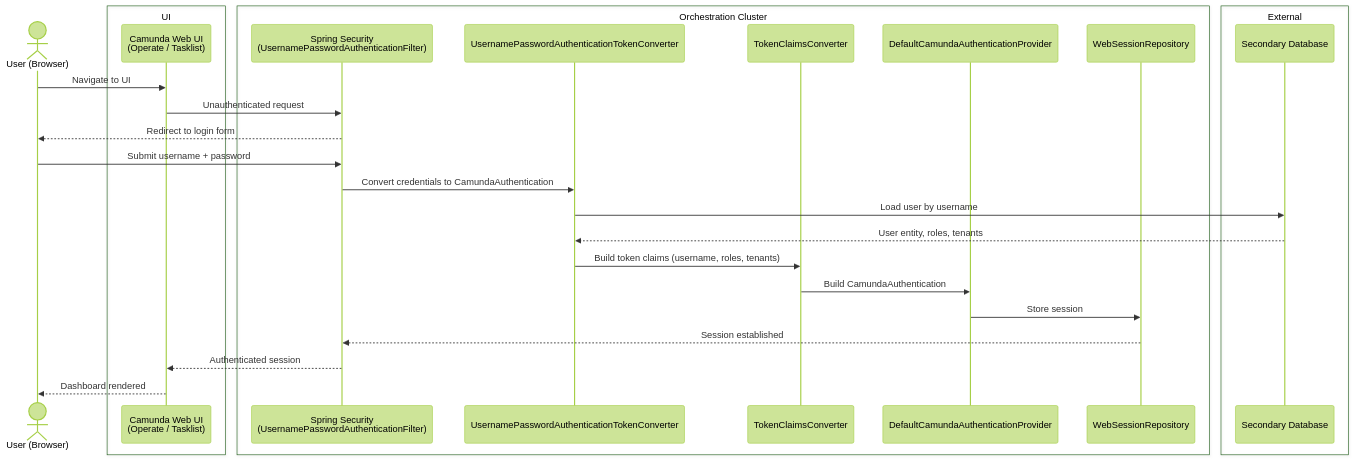
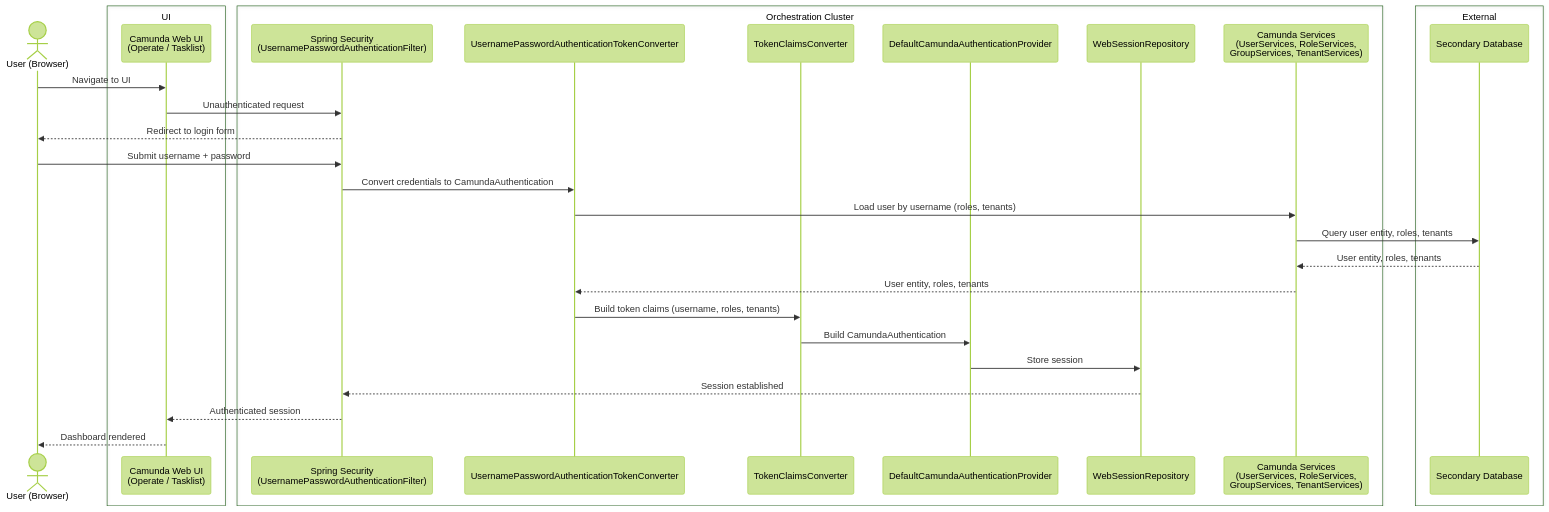
The eighth of 17 diagrams in docs/identity/architecture-documentation.md (camunda/camunda), drawn with Mermaid (forest theme) before and after one commit. The commit also changed other lines of this file and 4 other files, not shown here.

Commit message:
docs: update identity arc42 architecture documentation based on review

````diff
--- a/docs/identity/architecture-documentation.md
+++ b/docs/identity/architecture-documentation.md
@@ -411,31 +452,34 @@
 ```mermaid
 sequenceDiagram
   actor USER as User (Browser)
   box UI
     participant UI as Camunda Web UI<br/>(Operate / Tasklist)
   end
   box Orchestration Cluster
     participant SS as Spring Security<br/>(UsernamePasswordAuthenticationFilter)
     participant BASIC_CONV as UsernamePasswordAuthenticationTokenConverter
     participant CLAIMS as TokenClaimsConverter
     participant AUTHN_PROVIDER as DefaultCamundaAuthenticationProvider
     participant SESSION as WebSessionRepository
+    participant CAMUNDA_SERVICES as Camunda Services<br/>(UserServices, RoleServices,<br/>GroupServices, TenantServices)
   end
   box External
     participant SECONDARY_DB as Secondary Database
   end
 
   USER->>UI: Navigate to UI
   UI->>SS: Unauthenticated request
   SS-->>USER: Redirect to login form
   USER->>SS: Submit username + password
   SS->>BASIC_CONV: Convert credentials to CamundaAuthentication
-  BASIC_CONV->>SECONDARY_DB: Load user by username
-  SECONDARY_DB-->>BASIC_CONV: User entity, roles, tenants
+  BASIC_CONV->>CAMUNDA_SERVICES: Load user by username (roles, tenants)
+  CAMUNDA_SERVICES->>SECONDARY_DB: Query user entity, roles, tenants
+  SECONDARY_DB-->>CAMUNDA_SERVICES: User entity, roles, tenants
+  CAMUNDA_SERVICES-->>BASIC_CONV: User entity, roles, tenants
   BASIC_CONV->>CLAIMS: Build token claims (username, roles, tenants)
   CLAIMS->>AUTHN_PROVIDER: Build CamundaAuthentication
   AUTHN_PROVIDER->>SESSION: Store session
   SESSION-->>SS: Session established
   SS-->>UI: Authenticated session
   UI-->>USER: Dashboard rendered
 ```
````
